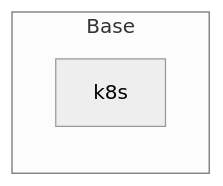
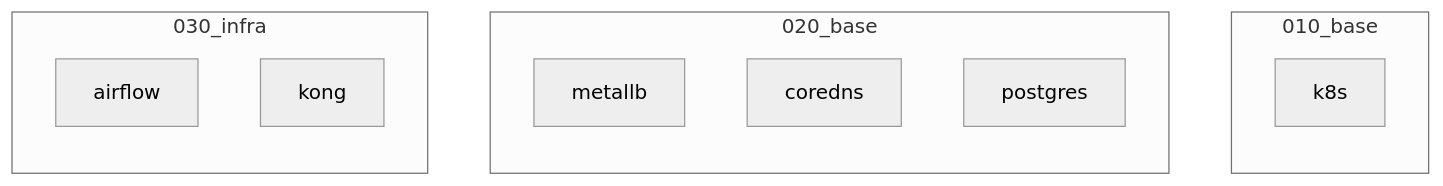
The diagram in README.md (p11o/open-infra), drawn with Mermaid (neutral theme) before and after one commit.

Commit message:
better diagram

````diff
--- a/README.md
+++ b/README.md
@@ -22,8 +22,17 @@
 ```mermaid
 flowchart BT
-    subgraph Base
+    subgraph 010_base
         k8s
     end
-    
-     
+
+    subgraph 020_base
+        metallb
+        coredns
+        postgres
+    end
+
+    subgraph 030_infra
+        airflow
+        kong
+    end
 ```
````
